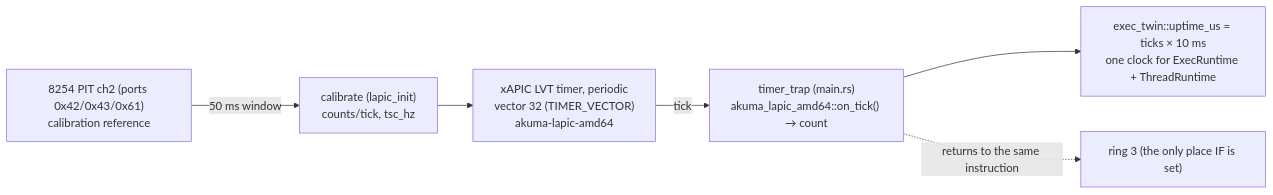
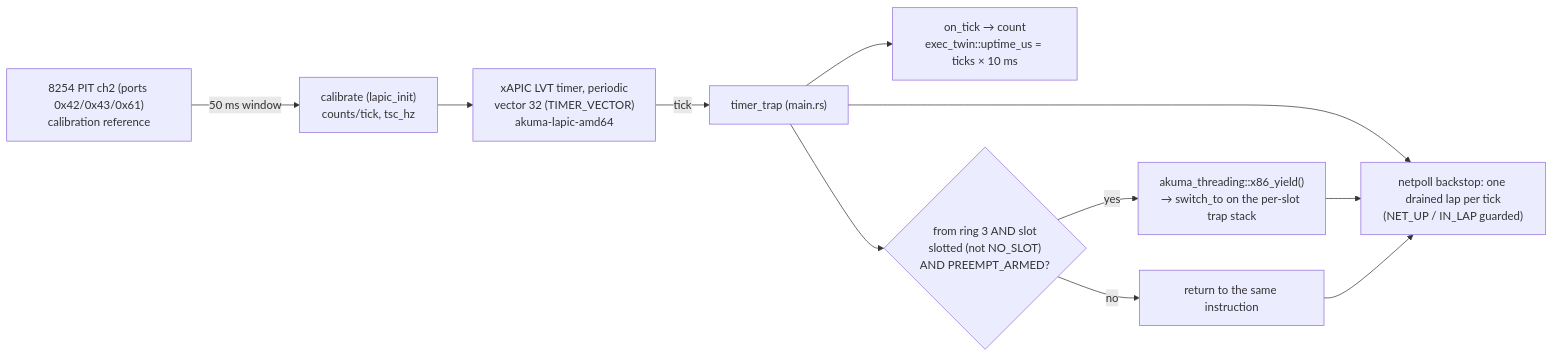
One commit to netoneko/akuma changed the first of 2 diagrams in taoxichuan/docs/reference/scheduling.md. Above: the diagram before and after it, drawn with Mermaid. The commit also changed other lines of this file and 3 other files, not shown here.

````diff
--- a/taoxichuan/docs/reference/scheduling.md
+++ b/taoxichuan/docs/reference/scheduling.md
@@ -8,8 +8,13 @@
 ```mermaid
 flowchart LR
     PIT["8254 PIT ch2 (ports 0x42/0x43/0x61)<br/>calibration reference"] -->|50 ms window| CAL["calibrate (lapic_init)<br/>counts/tick, tsc_hz"]
     CAL --> LVT["xAPIC LVT timer, periodic<br/>vector 32 (TIMER_VECTOR)<br/>akuma-lapic-amd64"]
-    LVT -->|tick| TT["timer_trap (main.rs)<br/>akuma_lapic_amd64::on_tick() → count"]
-    TT --> CLK["exec_twin::uptime_us = ticks × 10 ms<br/>one clock for ExecRuntime + ThreadRuntime"]
-    TT -.->|returns to the same instruction| R3["ring 3 (the only place IF is set)"]
+    LVT -->|tick| TT["timer_trap (main.rs)"]
+    TT --> CLK["on_tick → count<br/>exec_twin::uptime_us = ticks × 10 ms"]
+    TT --> G{"from ring 3 AND slot<br/>slotted (not NO_SLOT)<br/>AND PREEMPT_ARMED?"}
+    G -->|yes| Y["akuma_threading::x86_yield()<br/>→ switch_to on the per-slot trap stack"]
+    G -->|no| R["return to the same instruction"]
+    TT --> NP["netpoll backstop: one drained lap per tick<br/>(NET_UP / IN_LAP guarded)"]
+    Y --> NP
+    R --> NP
 ```
````
